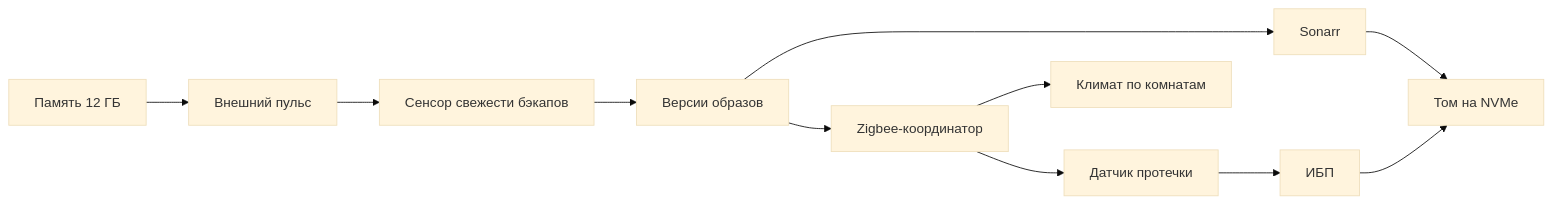
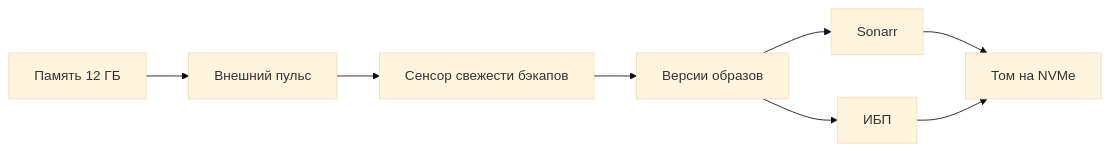
Before and after one commit to hhypest/hh-homelab: the diagram in docs/roadmap.md, drawn with Mermaid (base theme). The commit also changed other lines of this file and 5 other files, not shown here.

````diff
--- a/docs/roadmap.md
+++ b/docs/roadmap.md
@@ -354,13 +308,10 @@
 ```mermaid
 flowchart LR
     RAM[Память 12 ГБ] --> PULSE[Внешний пульс]
     PULSE --> BACKUP[Сенсор свежести бэкапов]
     BACKUP --> PINS[Версии образов]
-    PINS --> ZIGBEE[Zigbee-координатор]
-    ZIGBEE --> LEAK[Датчик протечки]
-    ZIGBEE --> CLIMATE[Климат по комнатам]
-    LEAK --> UPS[ИБП]
+    PINS --> UPS[ИБП]
     PINS --> SONARR[Sonarr]
     SONARR --> NVME[Том на NVMe]
     UPS --> NVME
 ```
````
